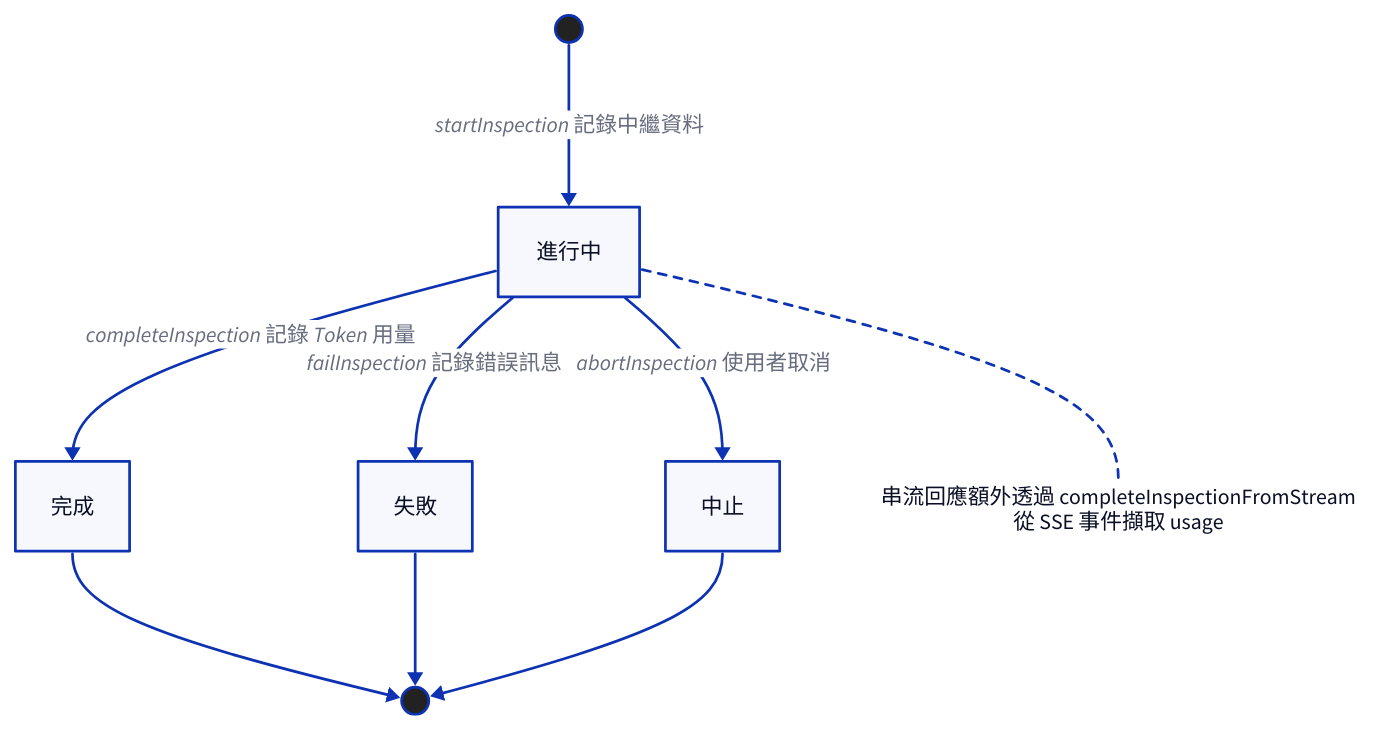
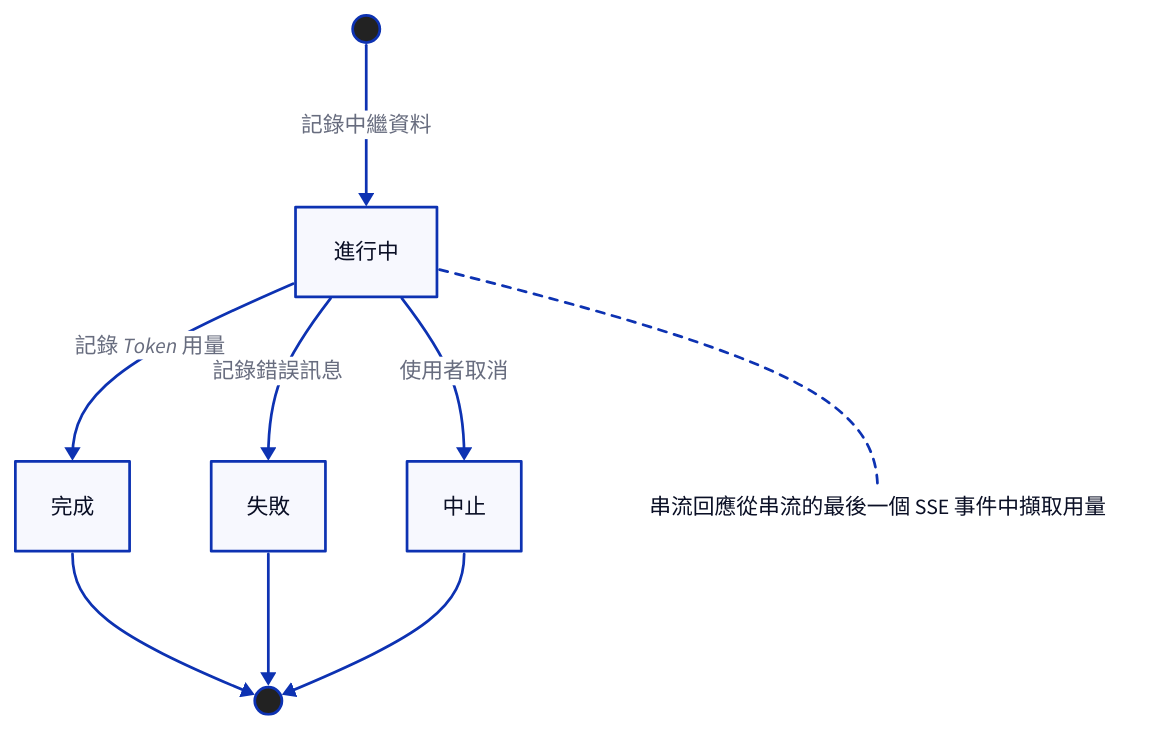
The diagram in docs/zh-TW/improvements/request-inspector.md (funnycups/Luker), drawn with D2 before and after one commit. The commit also changed other lines of this file and 25 other files, not shown here.

````diff
--- a/docs/zh-TW/improvements/request-inspector.md
+++ b/docs/zh-TW/improvements/request-inspector.md
@@ -22,32 +22,32 @@
 ```d2
 direction: down
 
 start: "" {
   shape: circle
   width: 20
   style.fill: "#222"
 }
 in_progress: "進行中"
 done: "完成"
 failed: "失敗"
 aborted: "中止"
 end_: "" {
   shape: circle
   width: 20
   style.fill: "#222"
 }
 
-note: "串流回應額外透過 completeInspectionFromStream\n從 SSE 事件擷取 usage" {
+note: "串流回應從串流的最後一個 SSE 事件中擷取用量" {
   shape: text
   style.fill: "#fff8d4"
 }
 
-start -> in_progress: "startInspection 記錄中繼資料"
-in_progress -> done: "completeInspection 記錄 Token 用量"
-in_progress -> failed: "failInspection 記錄錯誤訊息"
-in_progress -> aborted: "abortInspection 使用者取消"
+start -> in_progress: "記錄中繼資料"
+in_progress -> done: "記錄 Token 用量"
+in_progress -> failed: "記錄錯誤訊息"
+in_progress -> aborted: "使用者取消"
 done -> end_
 failed -> end_
 aborted -> end_
 in_progress -- note: {style.stroke-dash: 3}
 ```
````
